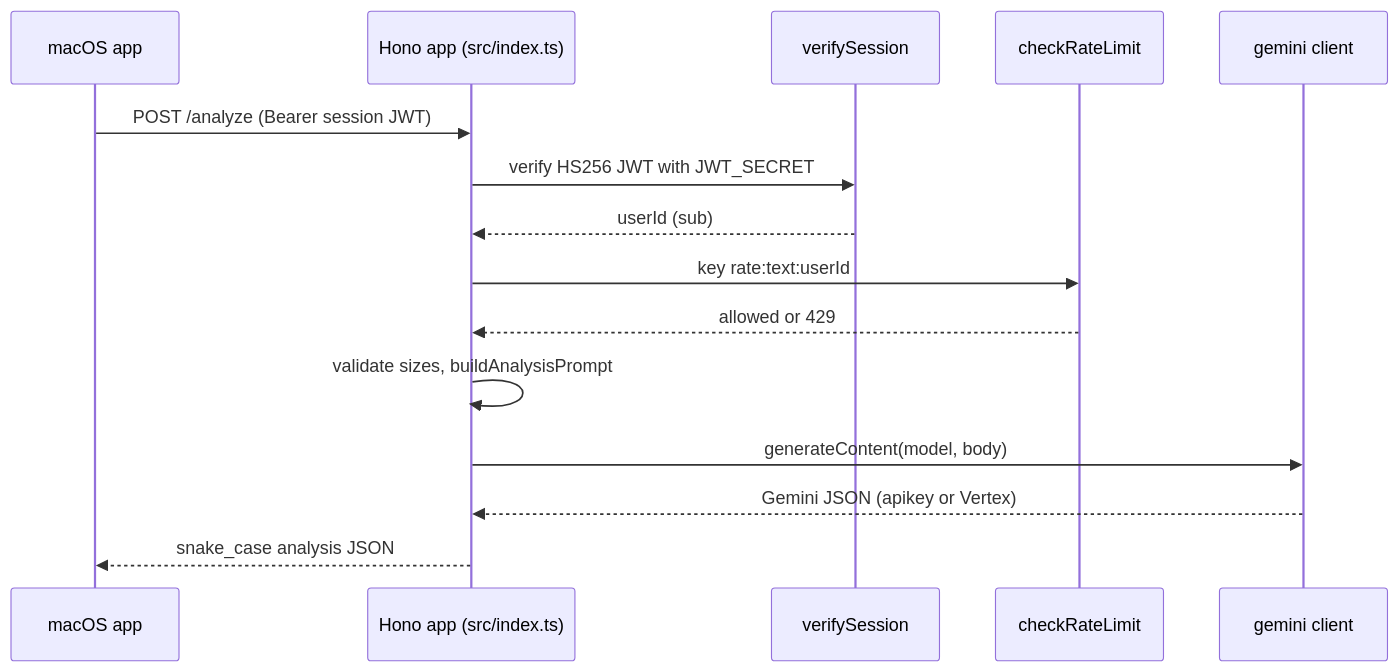
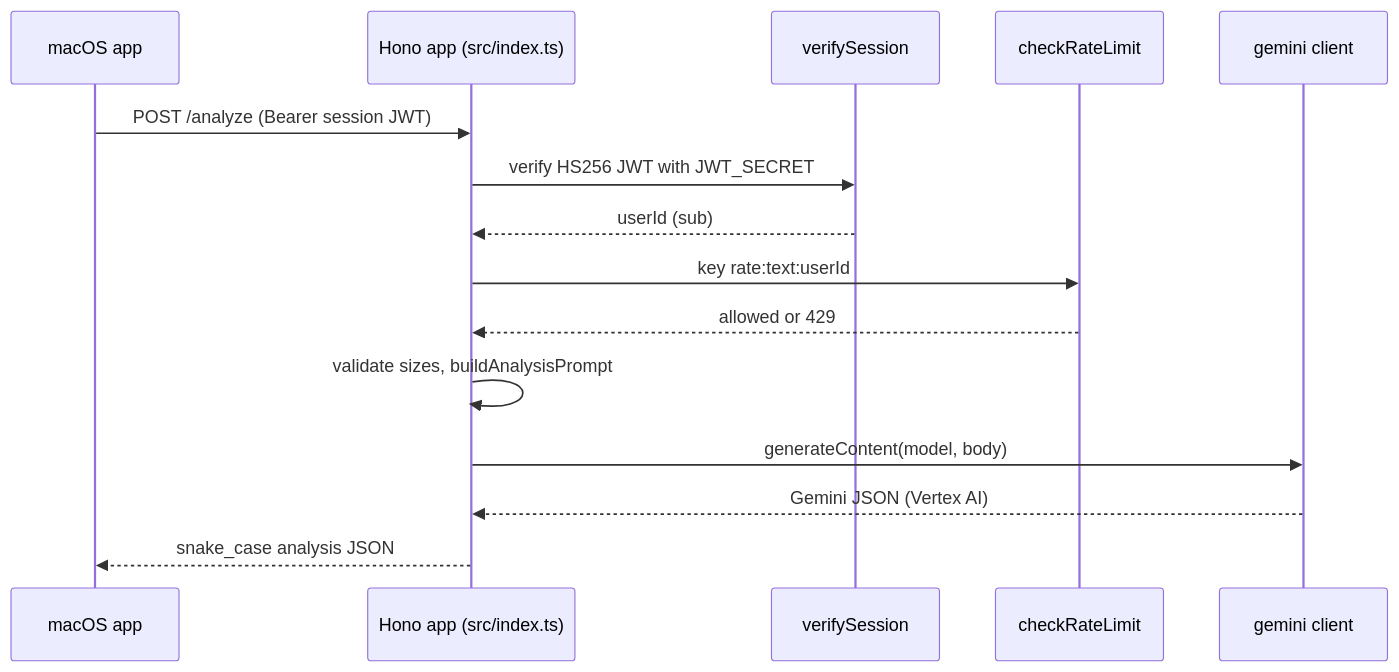
Before and after one commit to psd401/lessonlens: the diagram in openwiki/backend/cloud-run-api.md, drawn with Mermaid. The commit also changed other lines of this file and 12 other files, not shown here.

````diff
--- a/openwiki/backend/cloud-run-api.md
+++ b/openwiki/backend/cloud-run-api.md
@@ -36,17 +36,17 @@
 ```mermaid
 sequenceDiagram
     participant App as macOS app
     participant API as Hono app (src/index.ts)
     participant Auth as verifySession
     participant RL as checkRateLimit
     participant G as gemini client
     App->>API: POST /analyze (Bearer session JWT)
     API->>Auth: verify HS256 JWT with JWT_SECRET
     Auth-->>API: userId (sub)
     API->>RL: key rate:text:userId
     RL-->>API: allowed or 429
     API->>API: validate sizes, buildAnalysisPrompt
     API->>G: generateContent(model, body)
-    G-->>API: Gemini JSON (apikey or Vertex)
+    G-->>API: Gemini JSON (Vertex AI)
     API-->>App: snake_case analysis JSON
 ```
````
